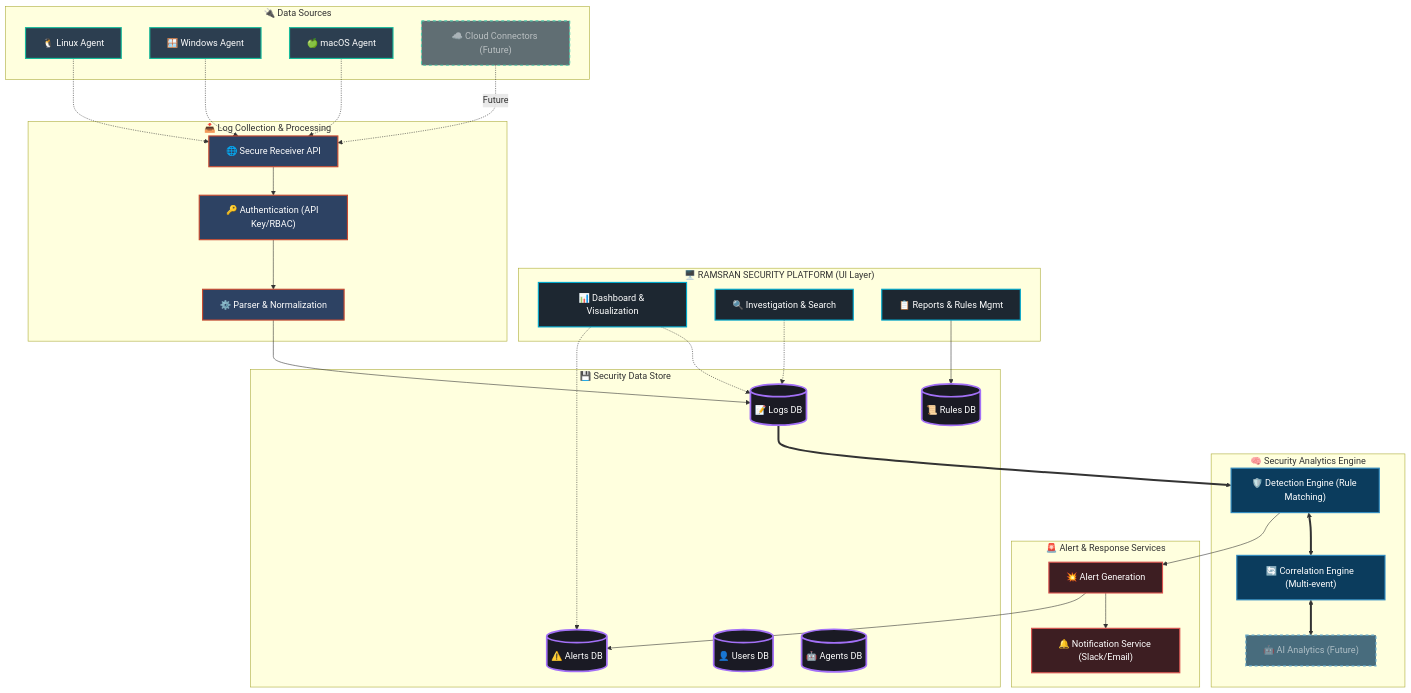
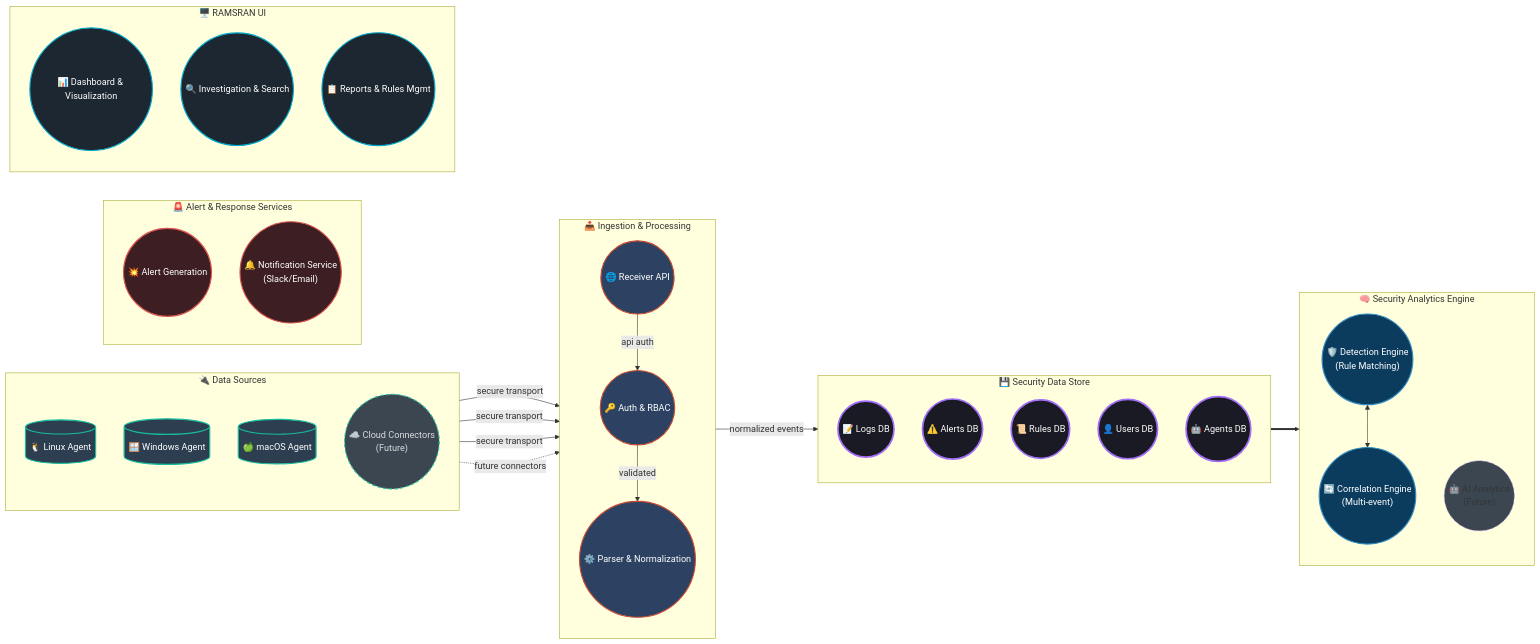
The diagram in README.md (jleelasridhar/Project), drawn with Mermaid before and after one commit.

Commit message:
architecture diagram in README

````diff
--- a/README.md
+++ b/README.md
@@ -4,85 +4,81 @@
 ```mermaid
-graph TD
-    %% Styling and Configuration
-    %% Theme variables for a modern security platform look
-    classDef uiStyle fill:#1d2731,stroke:#00a8cc,stroke-width:2px,color:#fff;
-    classDef engineStyle fill:#0b3c5d,stroke:#328cc1,stroke-width:2px,color:#fff;
-    classDef alertStyle fill:#3d1e22,stroke:#d9534f,stroke-width:2px,color:#fff;
-    classDef ingestStyle fill:#2d4263,stroke:#c84b31,stroke-width:2px,color:#fff;
-    classDef dbStyle fill:#1a1a24,stroke:#a370f7,stroke-width:3px,color:#fff;
-    classDef sourceStyle fill:#2c3e50,stroke:#18bc9c,stroke-width:2px,color:#fff;
-    classDef futureStyle stroke-dasharray: 5 5, opacity:0.75;
+%% RAMSRAN Security Platform architecture 
+graph LR
+  %% Layout hint
+  classDef sourceStyle fill:#2c3e50,stroke:#18bc9c,stroke-width:2px,color:#ffffff;
+  classDef ingestStyle fill:#2d4263,stroke:#c84b31,stroke-width:2px,color:#ffffff;
+  classDef dbStyle fill:#1a1a24,stroke:#a370f7,stroke-width:3px,color:#ffffff;
+  classDef engineStyle fill:#0b3c5d,stroke:#328cc1,stroke-width:2px,color:#ffffff;
+  classDef alertStyle fill:#3d1e22,stroke:#d9534f,stroke-width:2px,color:#ffffff;
+  classDef uiStyle fill:#1d2731,stroke:#00a8cc,stroke-width:2px,color:#ffffff;
+  classDef futureStyle stroke-dasharray: 6 4, opacity:0.9, fill:#263242;
+  classDef noteStyle fill:#ffffff,stroke:#cbd5e1,stroke-width:1px,color:#0b2436;
 
-    %% --- UI & FRONTEND LAYER ---
-    subgraph UI ["🖥️ RAMSRAN SECURITY PLATFORM (UI Layer)"]
-        Dash["📊 Dashboard & Visualization"]
-        Invest["🔍 Investigation & Search"]
-        Rep["📋 Reports & Rules Mgmt"]
-    end
-    class Dash,Invest,Rep uiStyle;
+  %% --- Data Sources (left) ---
+  subgraph Sources ["🔌 Data Sources"]
+    direction TB
+    Src_Lin[("🐧 Linux Agent")]
+    Src_Win[("🪟 Windows Agent")]
+    Src_Mac[("🍏 macOS Agent")]
+    Src_Cloud(("☁️ Cloud Connectors\n(Future)"))
+  end
+  class Src_Lin,Src_Win,Src_Mac,Src_Cloud sourceStyle;
+  class Src_Cloud futureStyle;
 
-    %% --- SECURITY ANALYTICS ENGINE LAYER ---
-    subgraph Engine ["🧠 Security Analytics Engine"]
-        Detect["🛡️ Detection Engine (Rule Matching)"]
-        Correl["🔄 Correlation Engine (Multi-event)"]
-        AI["🤖 AI Analytics (Future)"]
-    end
-    class Detect,Correl,AI engineStyle;
-    class AI futureStyle;
+  %% --- Ingestion & Processing ---
+  subgraph Ingest ["📥 Ingestion & Processing"]
+    direction TB
+    Recv(("🌐 Receiver API"))
+    Auth(("🔑 Auth & RBAC"))
+    Norm(("⚙️ Parser & Normalization"))
+  end
+  class Recv,Auth,Norm ingestStyle;
 
-    %% --- ALERT & RESPONSE SERVICES ---
-    subgraph Alerts ["🚨 Alert & Response Services"]
-        Gen["💥 Alert Generation"]
-        Notif["🔔 Notification Service (Slack/Email)"]
-    end
-    class Gen,Notif alertStyle;
+  %% --- Central Data Store (center) ---
+  subgraph DataStore ["💾 Security Data Store"]
+    direction TB
+    DB_Log(("📝 Logs DB"))
+    DB_Alert(("⚠️ Alerts DB"))
+    DB_Rule(("📜 Rules DB"))
+    DB_User(("👤 Users DB"))
+    DB_Agent(("🤖 Agents DB"))
+  end
+  class DB_Log,DB_Alert,DB_Rule,DB_User,DB_Agent dbStyle;
 
-    %% --- LOG COLLECTION & PROCESSING ---
-    subgraph Ingest ["📥 Log Collection & Processing"]
-        Recv["🌐 Secure Receiver API"]
-        Auth["🔑 Authentication (API Key/RBAC)"]
-        Parse["⚙️ Parser & Normalization"]
-    end
-    class Recv,Auth,Parse ingestStyle;
+  %% --- Analytics Engine (right-center) ---
+  subgraph Engine ["🧠 Security Analytics Engine"]
+    direction TB
+    Detect(("🛡️ Detection Engine\n(Rule Matching)"))
+    Correl(("🔄 Correlation Engine\n(Multi-event)"))
+    AI(("🤖 AI Analytics\n(Future)"))
+  end
+  class Detect,Correl engineStyle;
+  class AI futureStyle;
 
-    %% --- SECURITY DATA STORE ---
-    subgraph DataStore ["💾 Security Data Store"]
-        DB_Log[("📝 Logs DB")]
-        DB_Alert[("⚠️ Alerts DB")]
-        DB_Rule[("📜 Rules DB")]
-        DB_User[("👤 Users DB")]
-        DB_Agent[("🤖 Agents DB")]
-    end
-    class DB_Log,DB_Alert,DB_Rule,DB_User,DB_Agent dbStyle;
+  %% --- Alerting & Response (right) ---
+  subgraph Alerts ["🚨 Alert & Response Services"]
+    direction TB
+    Gen(("💥 Alert Generation"))
+    Notif(("🔔 Notification Service\n(Slack/Email)"))
+  end
+  class Gen,Notif alertStyle;
 
-    %% --- DATA SOURCES ---
-    subgraph Sources ["🔌 Data Sources"]
-        Src_Lin["🐧 Linux Agent"]
-        Src_Win["🪟 Windows Agent"]
-        Src_Mac["🍏 macOS Agent"]
-        Src_Cloud["☁️ Cloud Connectors (Future)"]
-    end
-    class Src_Lin,Src_Win,Src_Mac,Src_Cloud sourceStyle;
-    class Src_Cloud futureStyle;
+  %% --- UI Layer (top-right) ---
+  subgraph UI ["🖥️ RAMSRAN UI"]
+    direction TB
+    Dash(("📊 Dashboard & Visualization"))
+    Invest(("🔍 Investigation & Search"))
+    Rep(("📋 Reports & Rules Mgmt"))
+  end
+  class Dash,Invest,Rep uiStyle;
 
-    %% --- ROUTING & DATA FLOWS ---
-    %% Ingestion Pipeline
-    Src_Lin & Src_Win & Src_Mac -.-> Recv
-    Src_Cloud -.->|Future| Recv
-    Recv --> Auth --> Parse
-    Parse --> DB_Log
+  %% --- Flows: sources -> ingest -> datastore -> engine -> alerts -> ui ---
+  Src_Lin & Src_Win & Src_Mac -->|secure transport| Recv
+  Src_Cloud -.->|future connectors| Recv
 
-    %% Analytics Pipeline
-    DB_Log ==> Detect
-    Detect <==> Correl
-    Correl <==> AI
-    
-    %% Alerting Flow
-    Detect --> Gen --> Notif
-    Gen --> DB_Alert
+  Recv -->|api auth| Auth -->|validated| Norm
+  Norm -->|normalized events| DB_Log
 
-    %% UI Connections
-    Dash -.-> DB_Log & DB_Alert
-    Invest -.-> DB_Log
-    Rep --> DB_Rule
+  DB_Log ==> Detect
+  Detect <--> Correl
 ```
````
